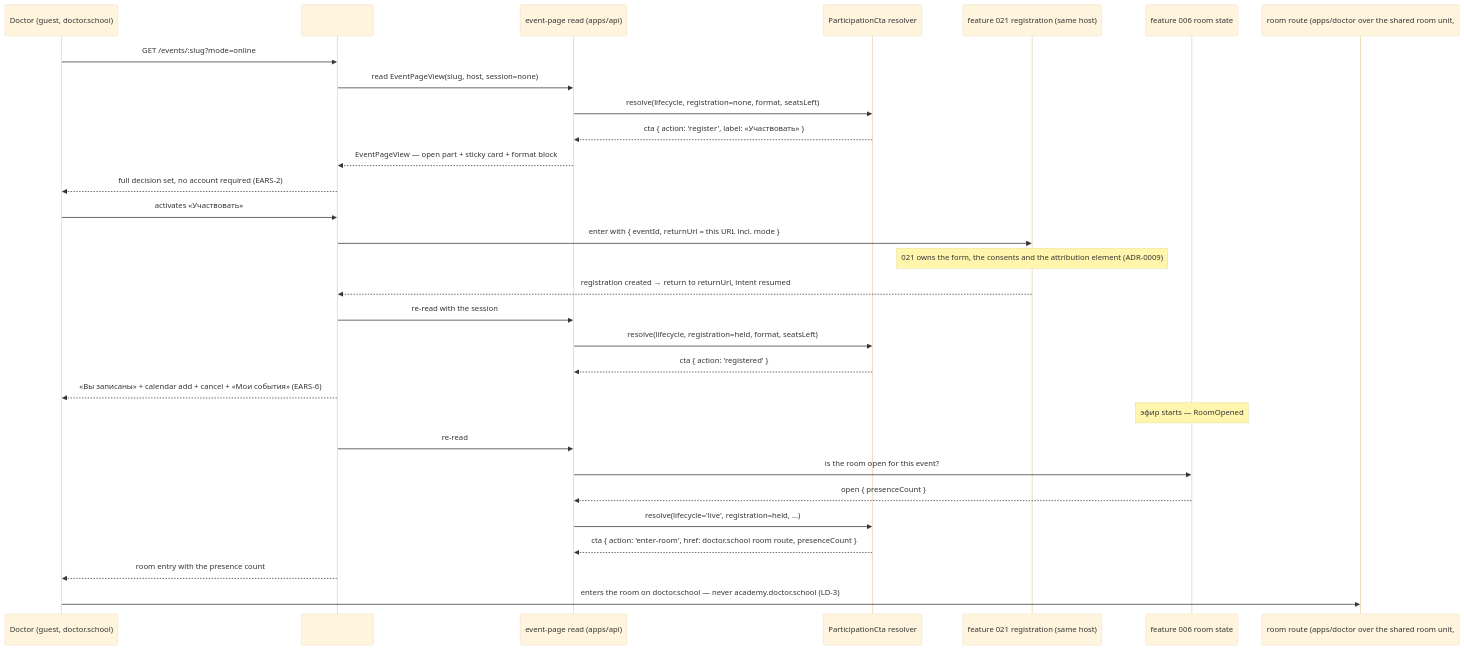
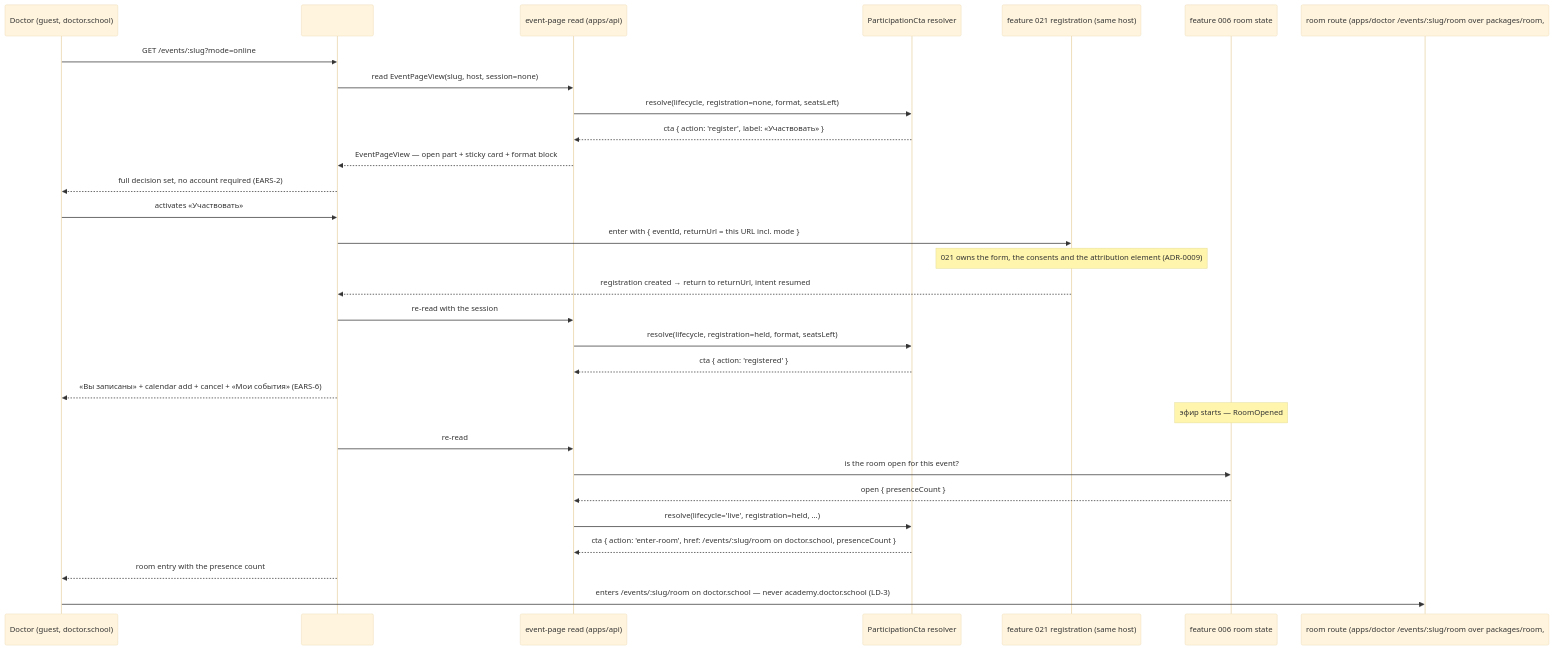
One commit to doctor-school/ds-platform changed the second of 4 diagrams in apps/docs/content/specs/features/020-event-page-two-storefronts/020-design.md. Above: the diagram before and after it, drawn with Mermaid (base theme). The commit also changed other lines of this file and 6 other files, not shown here.

First line of the commit message:
docs(1722): record the doctor room route /events/[slug]/room and the packages/room target in 019/020 + capability registry (#1864)

````diff
--- a/apps/docs/content/specs/features/020-event-page-two-storefronts/020-design.md
+++ b/apps/docs/content/specs/features/020-event-page-two-storefronts/020-design.md
@@ -60,34 +60,34 @@
 ```mermaid
 sequenceDiagram
   participant G as Doctor (guest, doctor.school)
   participant R as #d-event route (apps/doctor)
   participant API as event-page read (apps/api)
   participant P as ParticipationCta resolver
   participant F021 as feature 021 registration (same host)
   participant R006 as feature 006 room state
-  participant RM as room route (apps/doctor over the shared room unit, #1722)
+  participant RM as room route (apps/doctor /events/:slug/room over packages/room, #1722)
 
   G->>R: GET /events/:slug?mode=online
   R->>API: read EventPageView(slug, host, session=none)
   API->>P: resolve(lifecycle, registration=none, format, seatsLeft)
   P-->>API: cta { action: 'register', label: «Участвовать» }
   API-->>R: EventPageView — open part + sticky card + format block
   R-->>G: full decision set, no account required (EARS-2)
   G->>R: activates «Участвовать»
   R->>F021: enter with { eventId, returnUrl = this URL incl. mode }
   Note over F021: 021 owns the form, the consents and the attribution element (ADR-0009)
   F021-->>R: registration created → return to returnUrl, intent resumed
   R->>API: re-read with the session
   API->>P: resolve(lifecycle, registration=held, format, seatsLeft)
   P-->>API: cta { action: 'registered' }
   R-->>G: «Вы записаны» + calendar add + cancel + «Мои события» (EARS-6)
 
   Note over R006: эфир starts — RoomOpened
   R->>API: re-read
   API->>R006: is the room open for this event?
   R006-->>API: open { presenceCount }
   API->>P: resolve(lifecycle='live', registration=held, …)
-  P-->>API: cta { action: 'enter-room', href: doctor.school room route, presenceCount }
+  P-->>API: cta { action: 'enter-room', href: /events/:slug/room on doctor.school, presenceCount }
   R-->>G: room entry with the presence count
-  G->>RM: enters the room on doctor.school — never academy.doctor.school (LD-3)
+  G->>RM: enters /events/:slug/room on doctor.school — never academy.doctor.school (LD-3)
 ```
````
